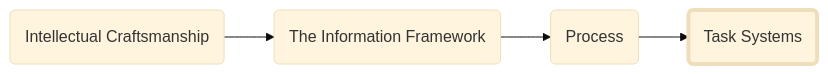
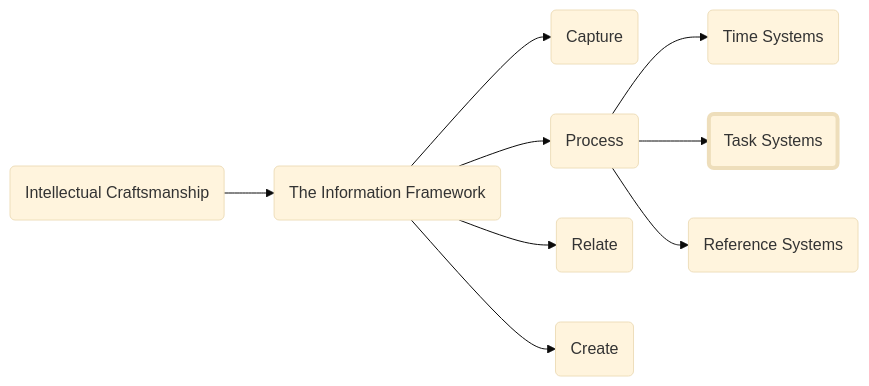
Before and after one commit to forrestpitz/forrestpitz.github.io: the diagram in _posts/2023-01-05-tasksystems.md, drawn with Mermaid (base theme). The commit also changed other lines of this file and 20 other files, not shown here.

````diff
--- a/_posts/2023-01-05-tasksystems.md
+++ b/_posts/2023-01-05-tasksystems.md
@@ -11,10 +40,21 @@
 ```mermaid
 graph LR;
-  A(Intellectual Craftsmanship)-->B(The Information Framework)-->C(Process)-->D(Task Systems)
+  A(Intellectual Craftsmanship)-->B(The Information Framework)
+  B-->C(Capture)
+  B-->G(Process)
+  G-->D(Time Systems)
+  G-->E(Task Systems)
+  G-->F(Reference Systems)
+  B-->H(Relate)
+  B-->I(Create)
 
-  style D stroke-width:4px
+  style E stroke-width:4px
 
   click A "{% post_url 2023-01-05-intro %}"
   click B "{% post_url 2023-01-05-info-framework %}"
-  click C "{% post_url 2023-01-05-process %}"
+  click C "{% post_url 2023-01-05-capture %}"
+  click D "{% post_url 2023-01-05-timesystems %}"
+  click F "{% post_url 2023-01-05-referencesystems %}"
+  click H "{% post_url 2023-01-05-relate %}"
+  click I "{% post_url 2023-01-05-create %}"
 ```
````
